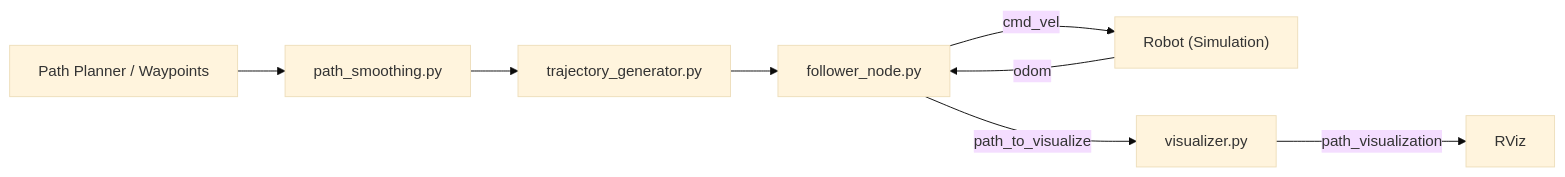
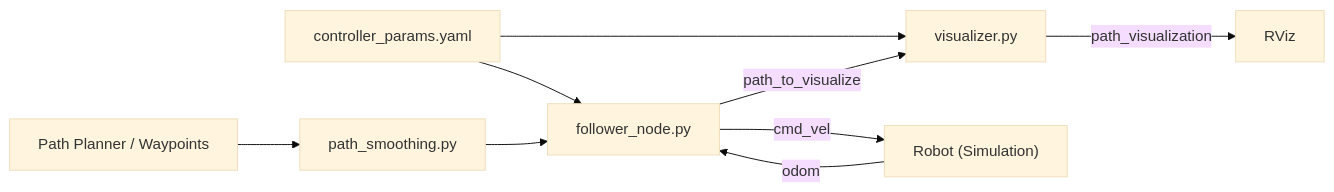
Before and after one commit to Abusulemankhanpathan/Obstacle-Avoidance-Path-Planning-and-Trajectory-Control-for-Differential-Drive-Robots: the diagram in src/path_planning_assignment/README.md, drawn with Mermaid (base theme). The commit also changed other lines of this file, not shown here.

````diff
--- a/src/path_planning_assignment/README.md
+++ b/src/path_planning_assignment/README.md
@@ -73,11 +83,12 @@
 ```mermaid
 graph LR
-    A["Path Planner / Waypoints"] --> B["path_smoothing.py"]
-    B --> C["trajectory_generator.py"]
+    A["controller_params.yaml"] --> D
+    A --> F
+    B["Path Planner / Waypoints"] --> C["path_smoothing.py"]
     C --> D["follower_node.py"]
     D -->|"cmd_vel"| E["Robot (Simulation)"]
     E -->|"odom"| D
     D -->|"path_to_visualize"| F["visualizer.py"]
     F -->|"path_visualization"| G["RViz"]
 
 ```
````
